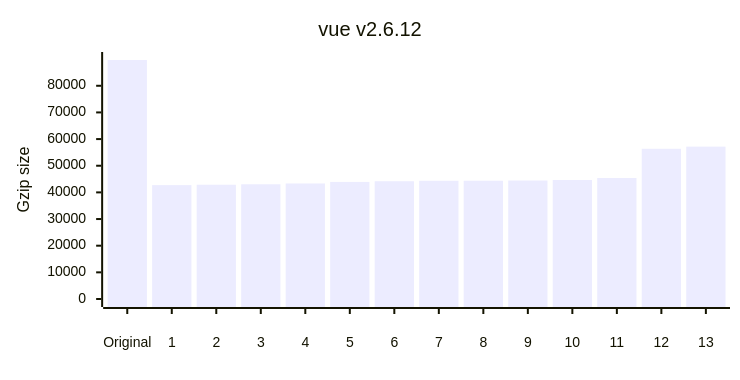
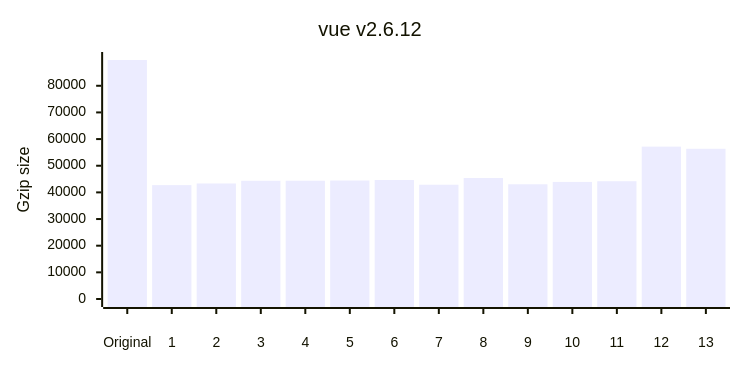
Before and after one commit to privatenumber/minification-benchmarks: the fourth of 12 diagrams in README.md, drawn with Mermaid. The commit also changed other lines of this file and 6 other files, not shown here.

````diff
--- a/README.md
+++ b/README.md
@@ -201,17 +209,17 @@
 ```mermaid
 ---
 config:
     xyChart:
         width: 720
         height: 360
         xAxis:
             labelPadding: 20
         yAxis:
             labelPadding: 10
 ---
 xychart-beta
 	title "vue v2.6.12"
 	x-axis ["Original",1,2,3,4,5,6,7,8,9,10,11,12,13]
 	y-axis "Gzip size" 0 --> 89668
-	bar [89668,42730,42870,43036,43348,43925,44184,44358,44368,44450,44636,45400,56356,57169]
+	bar [89668,42730,43348,44358,44368,44450,44636,42870,45400,43036,43925,44184,57169,56356]
 ```
````
